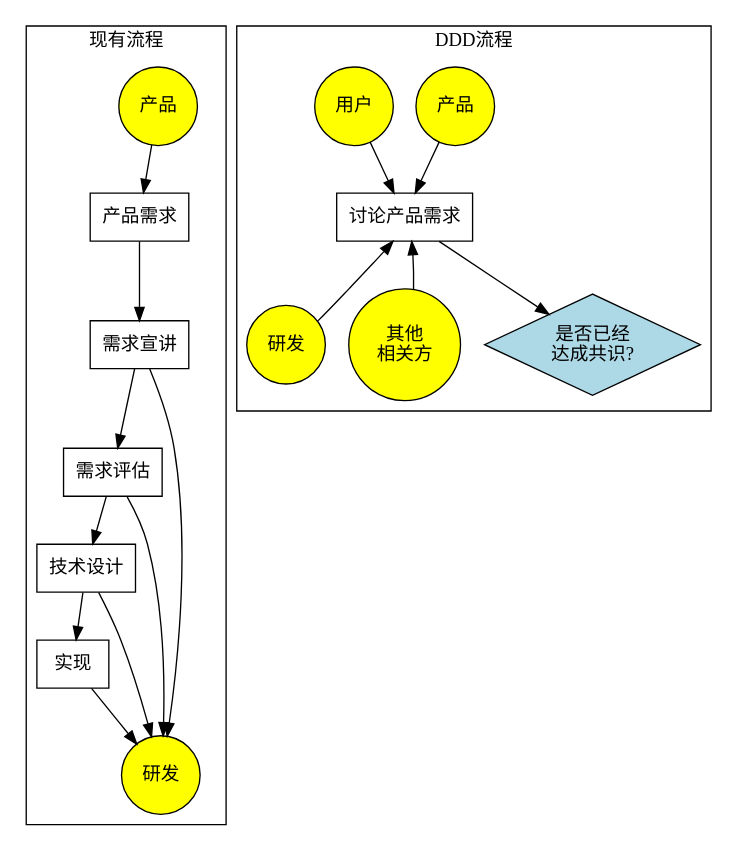
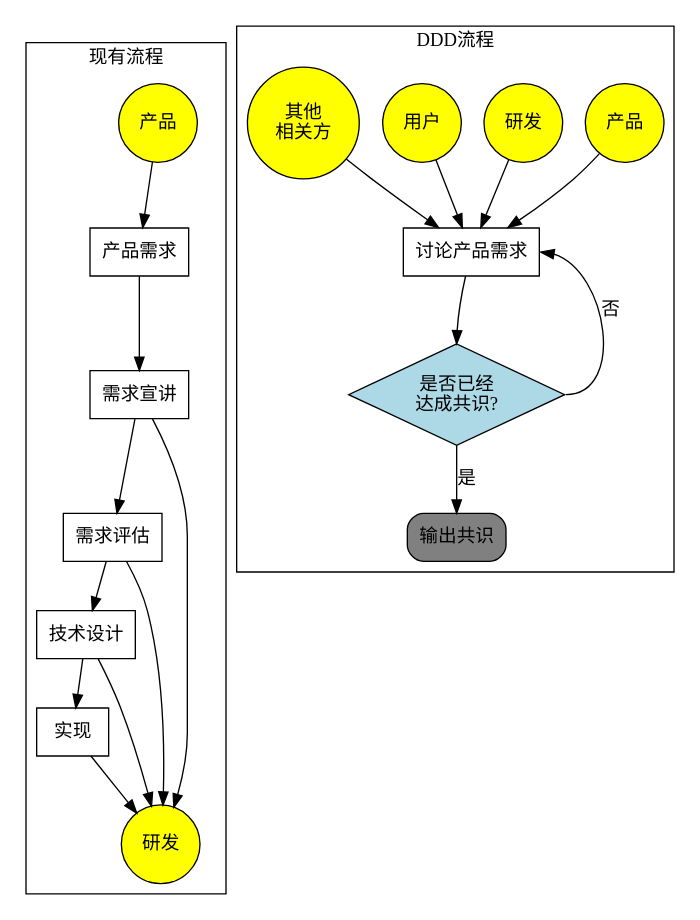
One commit to shinyoo/shinyoo.github.io changed the diagram in ddd/img/ddd-process.dot. Above: the diagram before and after it, drawn with Graphviz. The commit also changed 1 other file, not shown here.

```diff
--- a/ddd/img/ddd-process.dot
+++ b/ddd/img/ddd-process.dot
@@ -1,51 +1,52 @@
 digraph processVs {
     node[shape=box]
     subgraph cluster_old {
         p_des[label="产品需求"]
         p_pub[label="需求宣讲"]
         d_est[label="需求评估"]
         d_des[label="技术设计"]
         d_imp[label="实现"]
 
         p_des->p_pub->d_est->d_des->d_imp
         node[shape=circle, style=filled, fillcolor=yellow]
         pm[label="产品"]
         dev[label="研发"]
         pm->p_des
         p_pub->dev
         d_est->dev
         d_des->dev
         d_imp->dev
         edge[style=invis]
         pm->dev
         
         label="现有流程";
     }
 
 
 
     subgraph cluster_ddd {
     
         p_dis[label="讨论产品需求"]
 
         node[shape="circle";style=filled;fillcolor=yellow]
         m_pm[label="产品"]
         m_dev[label="研发"]
         m_user[label="用户"]
         m_rel[label="其他\n相关方"]
         done[label="是否已经\n达成共识?";shape=diamond;fillcolor=lightblue]
-      
+        end[label="输出共识";shape=box;style="rounded,filled";fillcolor=grey]
         {m_pm, m_dev,m_user,m_rel}->p_dis[headtip=inv]
         
-        p_dis->done
-
+        p_dis->done[headport=n]
+        done->p_dis[label="否"; headport=e; tailport=e]
+        done->end[label="是"]
         edge[style=invis]
-        p_dis->m_rel
-        p_dis->m_dev
+        // p_dis->m_rel
+        // p_dis->m_dev
 
 
 
         label="DDD流程"
 
     }
 }
```
